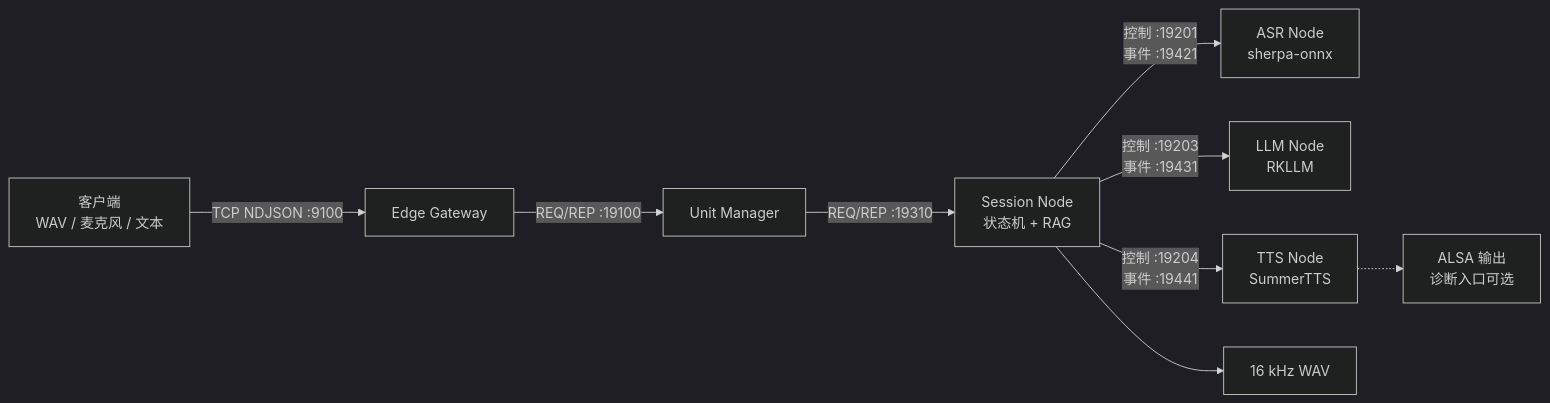
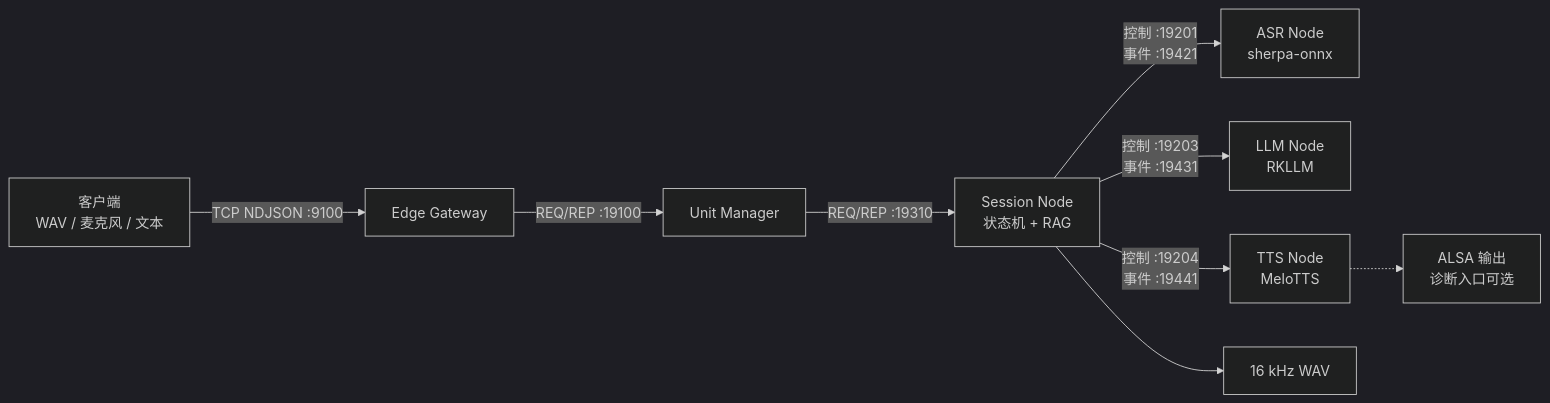
One commit to Caden-1224/SlotNexus changed the first of 2 diagrams in docs/architecture.md. Above: the diagram before and after it, drawn with Mermaid (dark theme). The commit also changed other lines of this file and 40 other files, not shown here.

````diff
--- a/docs/architecture.md
+++ b/docs/architecture.md
@@ -8,11 +8,11 @@
 ```mermaid
 flowchart LR
     Client["客户端<br/>WAV / 麦克风 / 文本"] -->|"TCP NDJSON :9100"| Gateway["Edge Gateway"]
     Gateway -->|"REQ/REP :19100"| Manager["Unit Manager"]
     Manager -->|"REQ/REP :19310"| Session["Session Node<br/>状态机 + RAG"]
     Session -->|"控制 :19201<br/>事件 :19421"| ASR["ASR Node<br/>sherpa-onnx"]
     Session -->|"控制 :19203<br/>事件 :19431"| LLM["LLM Node<br/>RKLLM"]
-    Session -->|"控制 :19204<br/>事件 :19441"| TTS["TTS Node<br/>SummerTTS"]
+    Session -->|"控制 :19204<br/>事件 :19441"| TTS["TTS Node<br/>MeloTTS"]
     Session --> Output["16 kHz WAV"]
     TTS -.-> Optional["ALSA 输出<br/>诊断入口可选"]
 ```
````
